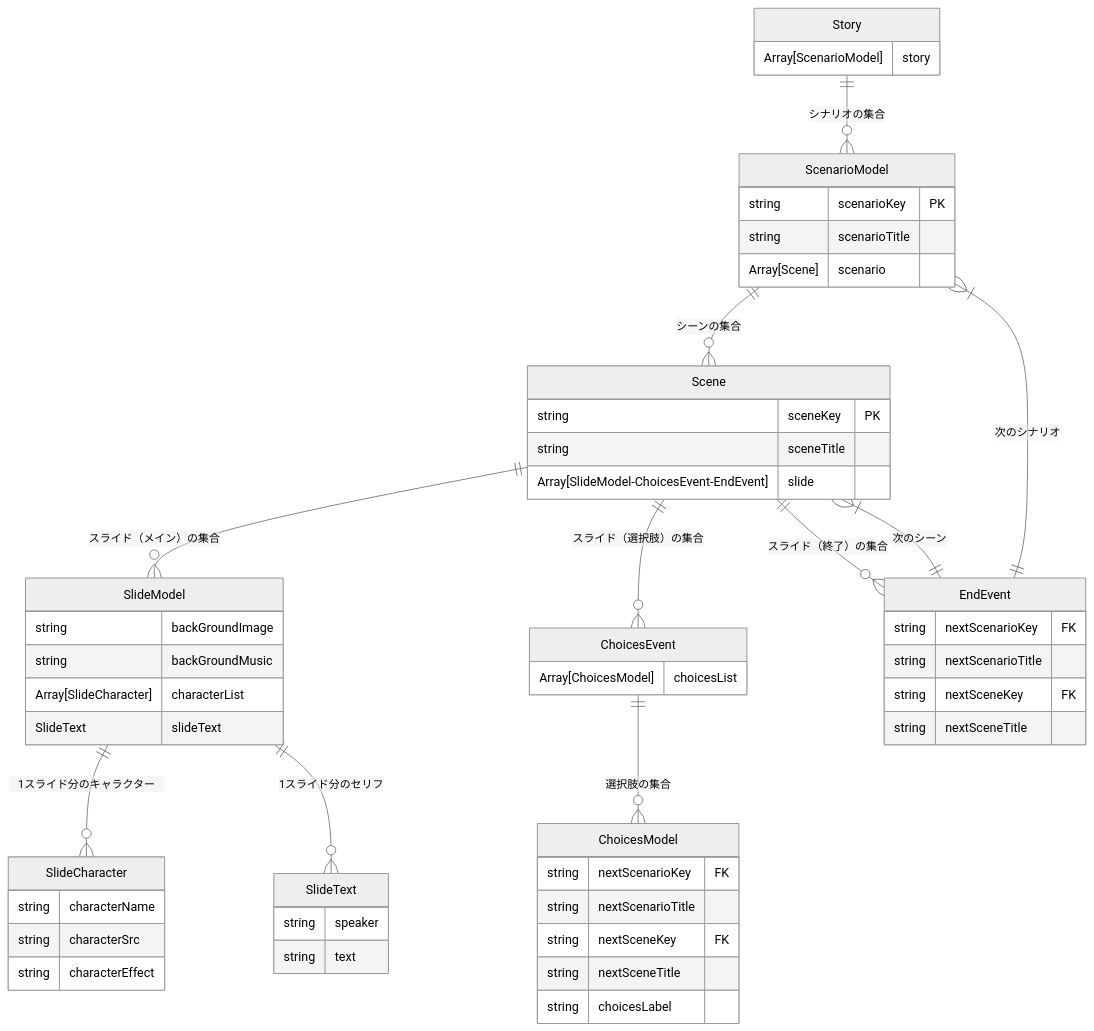
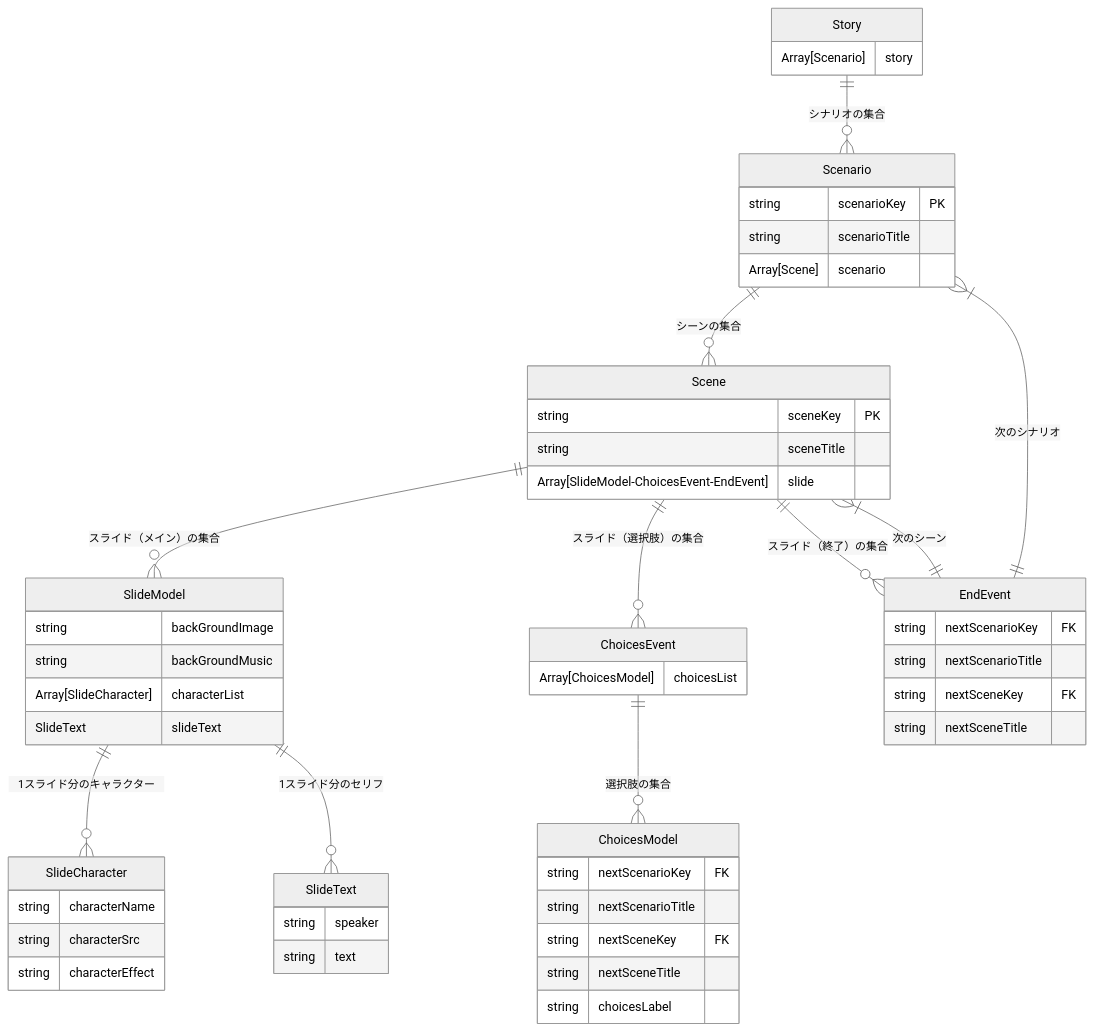
One commit to Lily-Saxophone/novel changed the diagram in doc/ERD.md. Above: the diagram before and after it, drawn with Mermaid (neutral theme). The commit also changed 9 other files, not shown here.

````diff
--- a/doc/ERD.md
+++ b/doc/ERD.md
@@ -1,69 +1,69 @@
 ```mermaid
 erDiagram
 
-Story ||--o{ ScenarioModel: "シナリオの集合"
-ScenarioModel ||--o{ Scene: "シーンの集合"
+Story ||--o{ Scenario: "シナリオの集合"
+Scenario ||--o{ Scene: "シーンの集合"
 Scene ||--o{ SlideModel: "スライド（メイン）の集合"
 Scene ||--o{ ChoicesEvent: "スライド（選択肢）の集合"
 Scene ||--o{ EndEvent: "スライド（終了）の集合"
 SlideModel ||--o{ SlideCharacter: "1スライド分のキャラクター"
 SlideModel ||--o{ SlideText: "1スライド分のセリフ"
 ChoicesEvent ||--o{ ChoicesModel: "選択肢の集合"
-EndEvent ||--|{ ScenarioModel: "次のシナリオ"
+EndEvent ||--|{ Scenario: "次のシナリオ"
 EndEvent ||--|{ Scene: "次のシーン"
 
 Story {
-    Array[ScenarioModel] story
+    Array[Scenario] story
 }
 
-ScenarioModel {
+Scenario {
     string scenarioKey PK
     string scenarioTitle
     Array[Scene] scenario
 }
 
 Scene {
     string sceneKey PK
     string sceneTitle
     Array[SlideModel-ChoicesEvent-EndEvent] slide
 }
 
 SlideModel {
     string backGroundImage
     string backGroundMusic
     Array[SlideCharacter] characterList
     SlideText slideText
 }
 
 SlideCharacter {
     string characterName
     string characterSrc
     string characterEffect
 }
 
 SlideText {
     string speaker
     string text
 }
 
 ChoicesEvent {
     Array[ChoicesModel] choicesList
 }
 
 ChoicesModel {
     string nextScenarioKey FK
     string nextScenarioTitle
     string nextSceneKey FK
     string nextSceneTitle
     string choicesLabel
 }
 
 EndEvent {
     string nextScenarioKey FK
     string nextScenarioTitle
     string nextSceneKey FK
     string nextSceneTitle
 }
 
 
 ```
````
